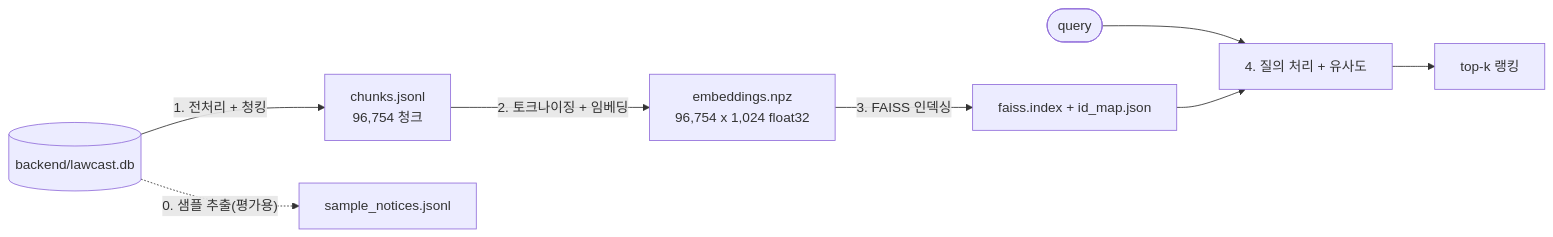
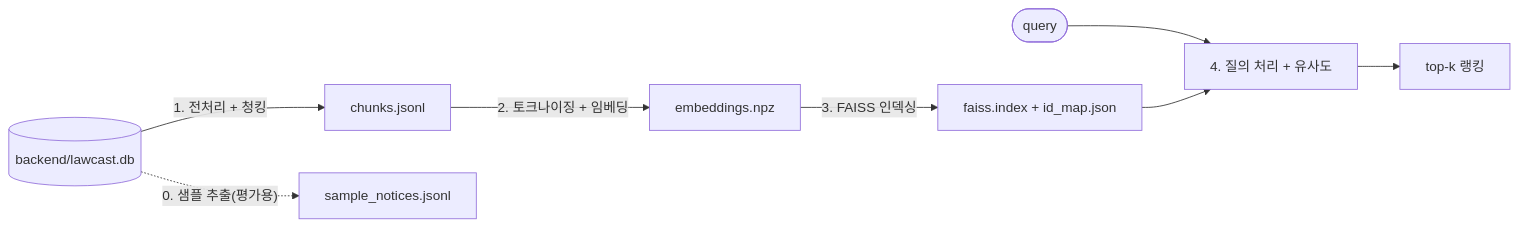
The diagram in README.md (vientofactory/semantic-search), drawn with Mermaid before and after one commit. The commit also changed other lines of this file, not shown here.

````diff
--- a/README.md
+++ b/README.md
@@ -8,10 +14,10 @@
 ```mermaid
 flowchart LR
-    db[("backend/lawcast.db")] -->|1. 전처리 + 청킹| chunks["chunks.jsonl<br/>96,754 청크"]
+    db[("backend/lawcast.db")] -->|1. 전처리 + 청킹| chunks["chunks.jsonl"]
     db -.->|"0. 샘플 추출(평가용)"| sample["sample_notices.jsonl"]
-    chunks -->|2. 토크나이징 + 임베딩| emb["embeddings.npz<br/>96,754 x 1,024 float32"]
+    chunks -->|2. 토크나이징 + 임베딩| emb["embeddings.npz"]
     emb -->|3. FAISS 인덱싱| idx["faiss.index + id_map.json"]
     query(["query"]) --> search["4. 질의 처리 + 유사도"]
     idx --> search
     search --> result["top-k 랭킹"]
 ```
````
